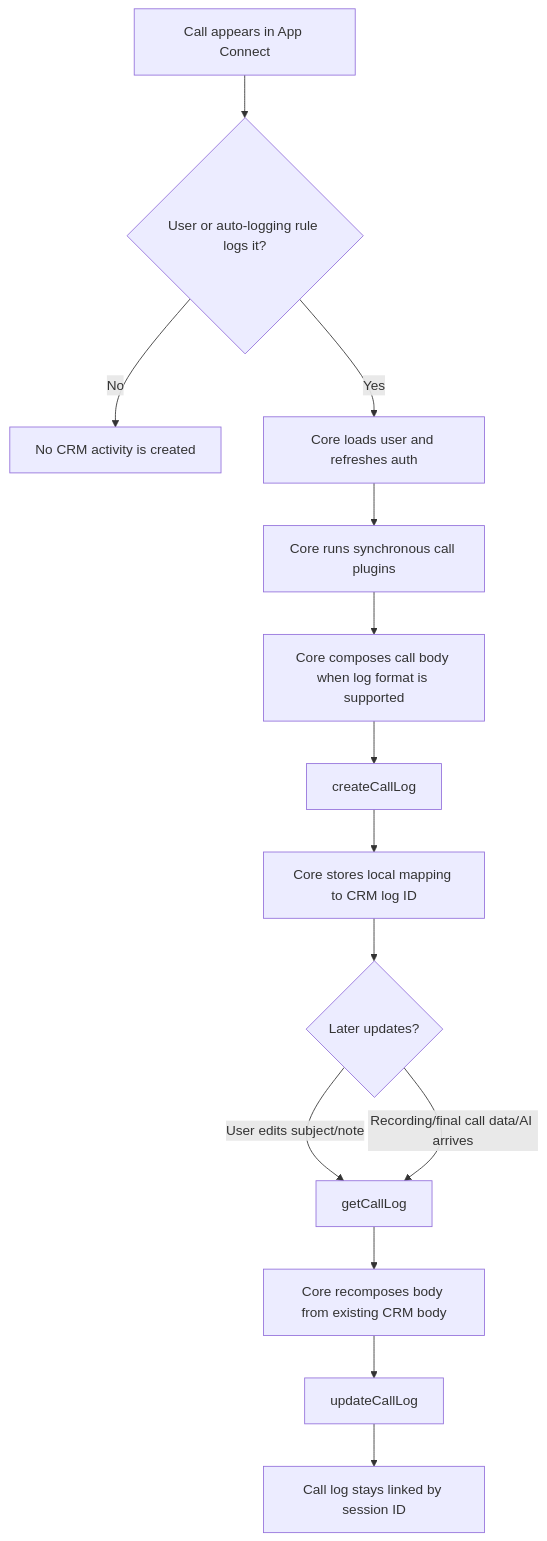
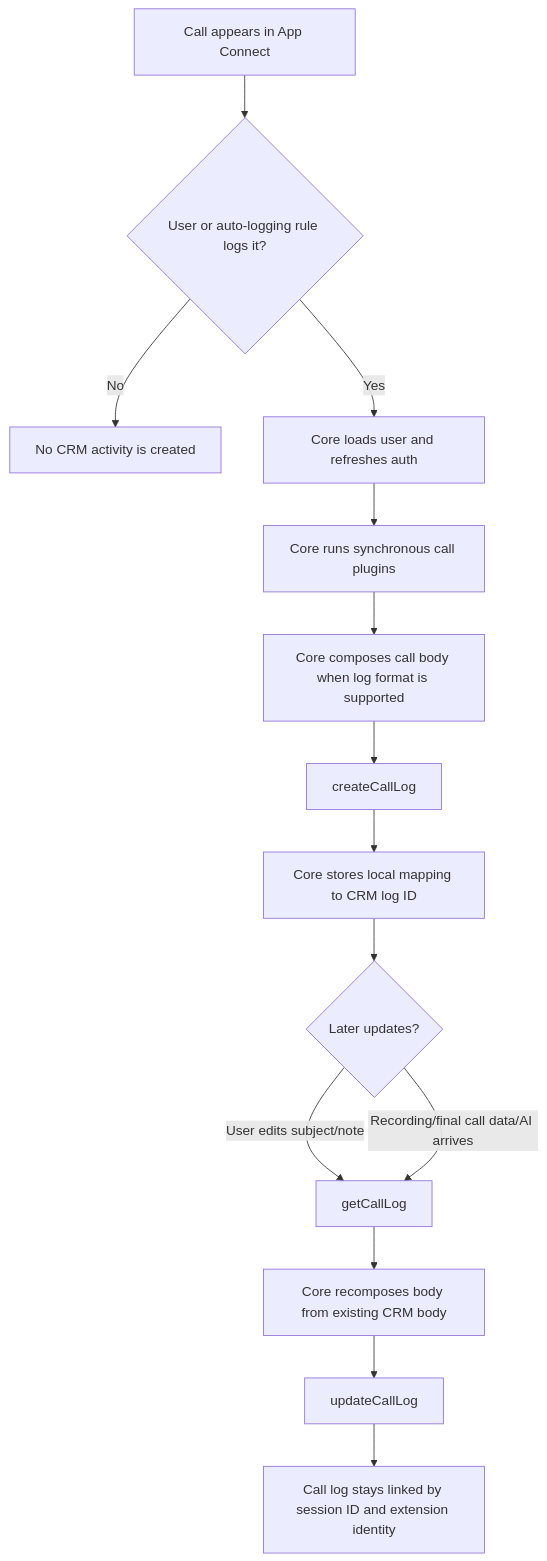
Before and after one commit to ringcentral/rc-unified-crm-extension: the diagram in docs/developers/logging-calls.md, drawn with Mermaid. The commit also changed other lines of this file and 15 other files, not shown here.

````diff
--- a/docs/developers/logging-calls.md
+++ b/docs/developers/logging-calls.md
@@ -17,16 +17,16 @@
 ```mermaid
 flowchart TD
   A[Call appears in App Connect] --> B{User or auto-logging rule logs it?}
   B -->|No| Z[No CRM activity is created]
   B -->|Yes| C[Core loads user and refreshes auth]
   C --> D[Core runs synchronous call plugins]
   D --> E[Core composes call body when log format is supported]
   E --> F[createCallLog]
   F --> G[Core stores local mapping to CRM log ID]
   G --> H{Later updates?}
   H -->|User edits subject/note| I[getCallLog]
   H -->|Recording/final call data/AI arrives| I
   I --> J[Core recomposes body from existing CRM body]
   J --> K[updateCallLog]
-  K --> L[Call log stays linked by session ID]
+  K --> L[Call log stays linked by session ID and extension identity]
 ```
````
